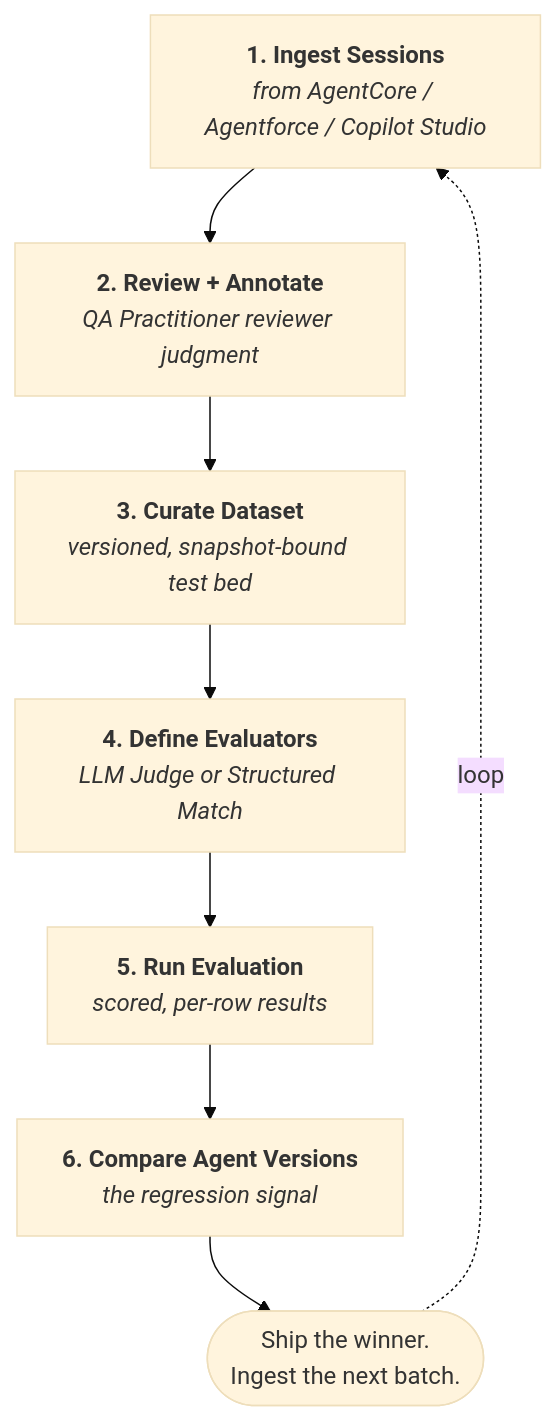
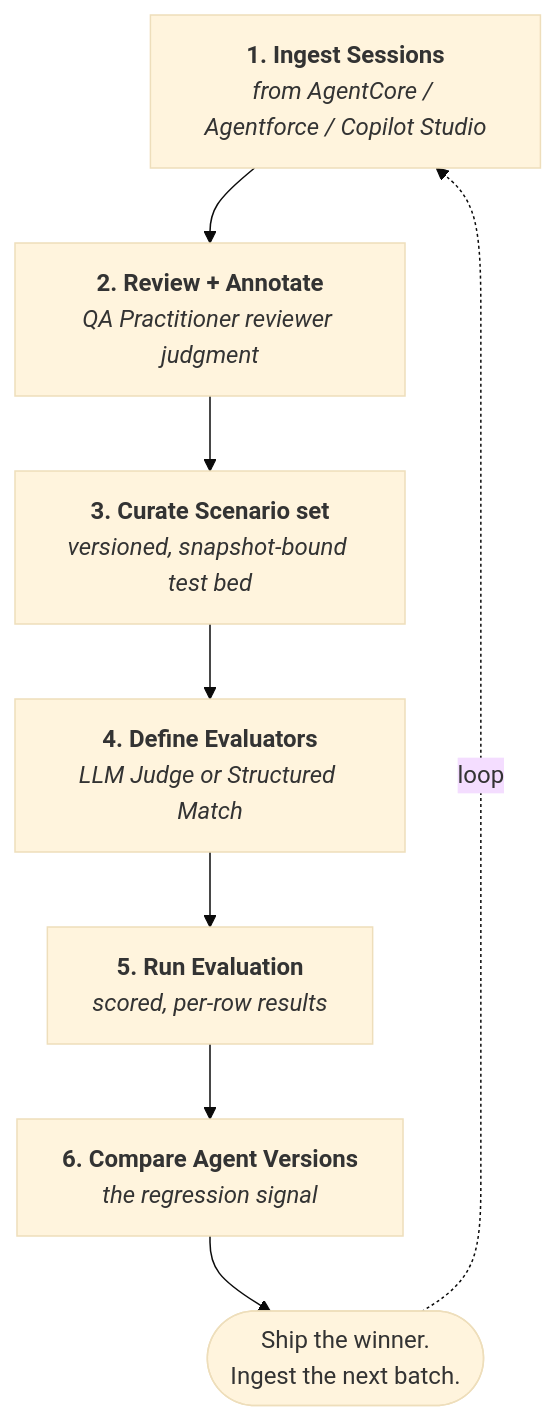
The diagram in concepts/evaluation-loop.mdx (Provar-TrustAI/docs), drawn with Mermaid (base theme) before and after one commit. The commit also changed other lines of this file and 26 other files, not shown here.

````diff
--- a/concepts/evaluation-loop.mdx
+++ b/concepts/evaluation-loop.mdx
@@ -15,18 +15,18 @@
 ```mermaid
 flowchart TD
     S1["<b>1. Ingest Sessions</b><br/><i>from AgentCore / Agentforce / Copilot Studio</i>"]
     S2["<b>2. Review + Annotate</b><br/><i>QA Practitioner reviewer judgment</i>"]
-    S3["<b>3. Curate Dataset</b><br/><i>versioned, snapshot-bound test bed</i>"]
+    S3["<b>3. Curate Scenario set</b><br/><i>versioned, snapshot-bound test bed</i>"]
     S4["<b>4. Define Evaluators</b><br/><i>LLM Judge or Structured Match</i>"]
     S5["<b>5. Run Evaluation</b><br/><i>scored, per-row results</i>"]
     S6["<b>6. Compare Agent Versions</b><br/><i>the regression signal</i>"]
     SHIP(["Ship the winner.<br/>Ingest the next batch."])
 
     S1 --> S2
     S2 --> S3
     S3 --> S4
     S4 --> S5
     S5 --> S6
     S6 --> SHIP
     SHIP -.->|loop| S1
 ```
````
